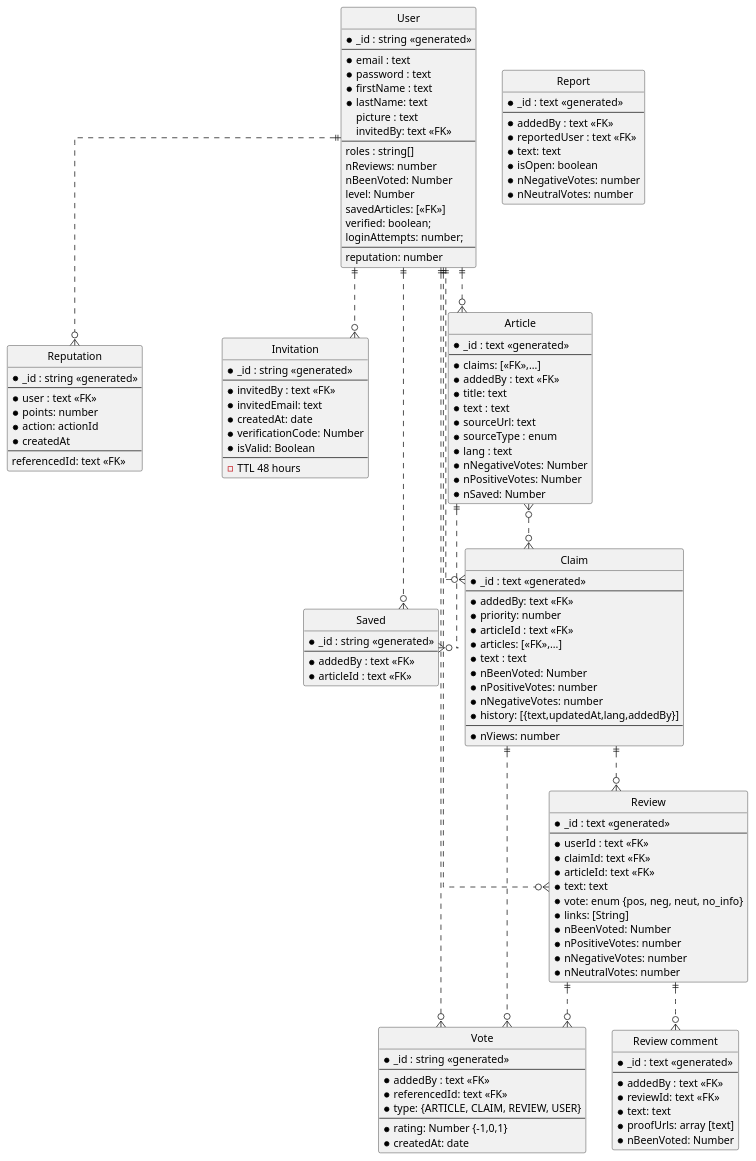
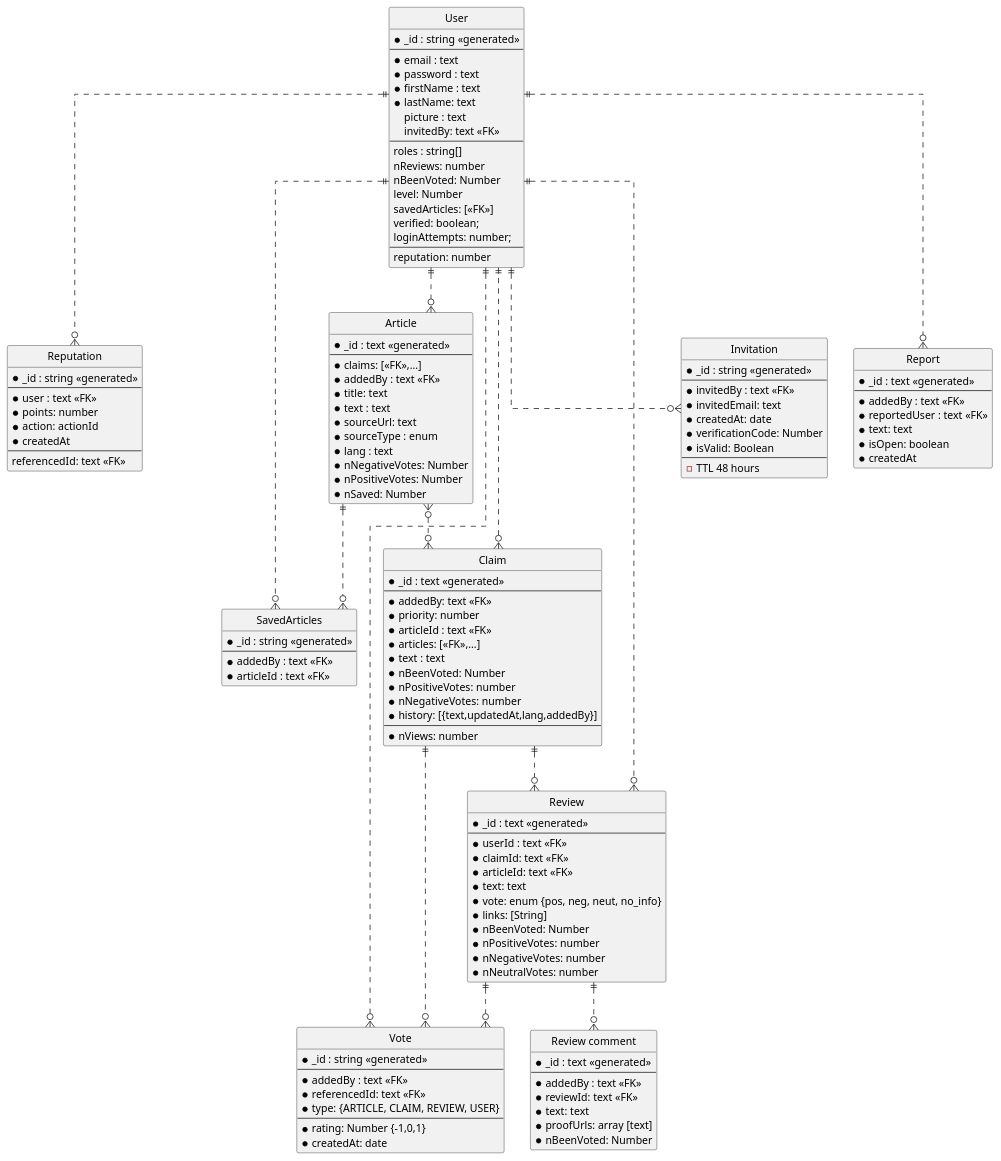
The diagram in uml_docs/entity_relations.puml (aic-factcheck/fact_check_api), drawn with PlantUML before and after one commit. The commit also changed 12 other files, not shown here.

```diff
--- a/uml_docs/entity_relations.puml
+++ b/uml_docs/entity_relations.puml
@@ -1,153 +1,153 @@
 @startuml Entity relations
 ' hide the spot
 hide circle
 
 ' avoid problems with angled crows feet
 skinparam linetype ortho
 
 entity "User" as user {
   *_id : string <<generated>>
   --
   *email : text
   *password : text
   *firstName : text
   *lastName: text
   picture : text
   invitedBy: text <<FK>>
   --
   roles : string[]
   nReviews: number
   nBeenVoted: Number
   level: Number
   savedArticles: [<<FK>>]
   verified: boolean;
   loginAttempts: number;
   --
   reputation: number
 }
 
 entity "Reputation" as rep {
   *_id : string <<generated>>
   --
   *user : text <<FK>>
   *points: number
   *action: actionId
   *createdAt
   --
   referencedId: text <<FK>>
 }
 
-entity "Saved" as saved {
+entity "SavedArticles" as saved {
   *_id : string <<generated>>
   --
   *addedBy : text <<FK>>
   *articleId : text <<FK>>
 }
 
 entity "Invitation" as inv {
   *_id : string <<generated>>
   --
   *invitedBy : text <<FK>>
   *invitedEmail: text
   *createdAt: date
   *verificationCode: Number
   *isValid: Boolean
   --
   - TTL 48 hours
 }
 
 entity "Vote" as vote {
   *_id : string <<generated>>
   --
   *addedBy : text <<FK>>
   *referencedId: text <<FK>>
   *type: {ARTICLE, CLAIM, REVIEW, USER}
   --
   ' *text: Text
   *rating: Number {-1,0,1}
   *createdAt: date
 }
 
 entity "Article" as article {
   *_id : text <<generated>>
   --
   *claims: [<<FK>>,...]
   *addedBy : text <<FK>>
   *title: text
   *text : text
   *sourceUrl: text
   *sourceType : enum
   *lang : text
   *nNegativeVotes: Number
   *nPositiveVotes: Number
   *nSaved: Number
 }
 
 entity "Claim" as claim {
   *_id : text <<generated>>
   --
   *addedBy: text <<FK>>
   *priority: number
   *articleId : text <<FK>>
   *articles: [<<FK>>,...]
   *text : text
   *nBeenVoted: Number
   *nPositiveVotes: number
   *nNegativeVotes: number
   *history: [{text,updatedAt,lang,addedBy}]
   --
   *nViews: number
 }
 
 entity "Review" as review {
   *_id : text <<generated>>
   --
   *userId : text <<FK>>
   *claimId: text <<FK>>
   *articleId: text <<FK>>
   *text: text
   *vote: enum {pos, neg, neut, no_info}
   *links: [String]
   *nBeenVoted: Number
   *nPositiveVotes: number
   *nNegativeVotes: number
   *nNeutralVotes: number
 }
 
 entity "Review comment" as reviewComment {
   *_id : text <<generated>>
   --
   *addedBy : text <<FK>>
   *reviewId: text <<FK>>
   *text: text
   *proofUrls: array [text] 
   *nBeenVoted: Number
 }
 
 entity "Report" as report {
   *_id : text <<generated>>
   --
   *addedBy : text <<FK>>
   *reportedUser : text <<FK>>
   *text: text
   *isOpen: boolean
-  *nNegativeVotes: number
-  *nNeutralVotes: number
+  *createdAt
 }
 
 user ||..o{ article
 user ||..o{ inv
 user ||..o{ saved
 user ||..o{ vote
 user ||..o{ rep
+user ||..o{ report
 article }o..o{ claim
 article ||..o{ saved
 ' article ||..o{ vote
 user ||..o{ review
 ' user ||..o{ vote
 claim ||..o{ review
 claim }o..|| user
 claim ||..o{ vote
 review ||..o{ reviewComment
 review ||..o{ vote
 @enduml
```
